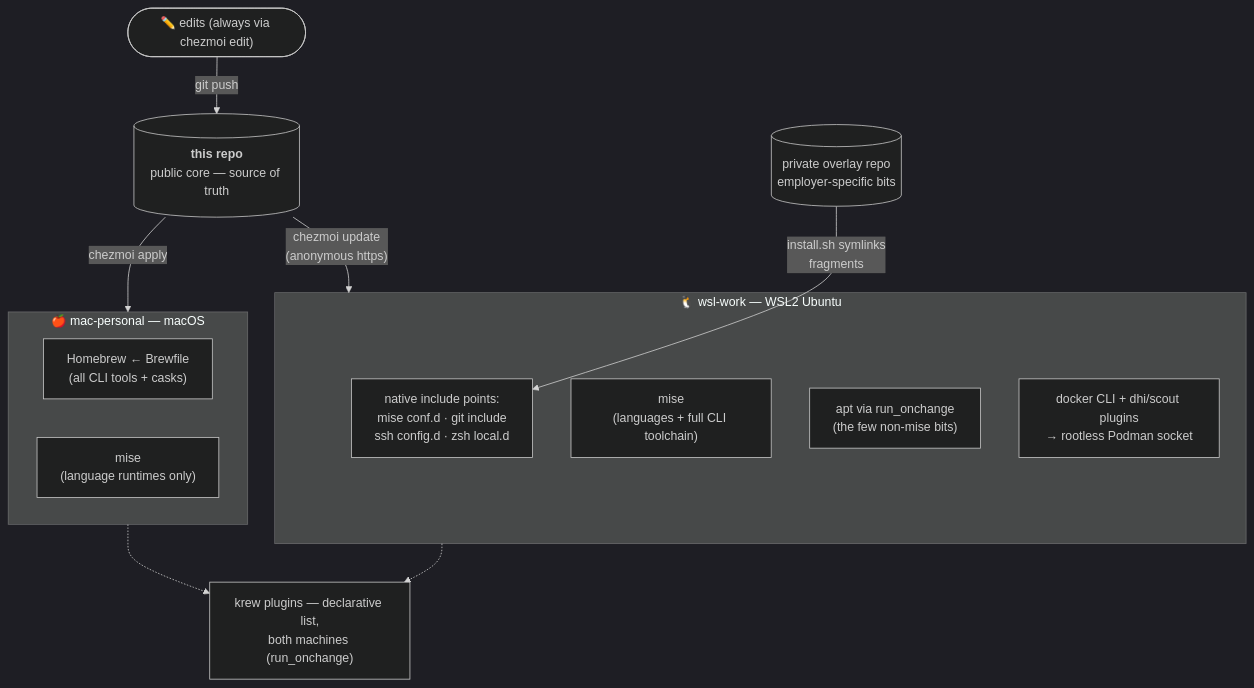
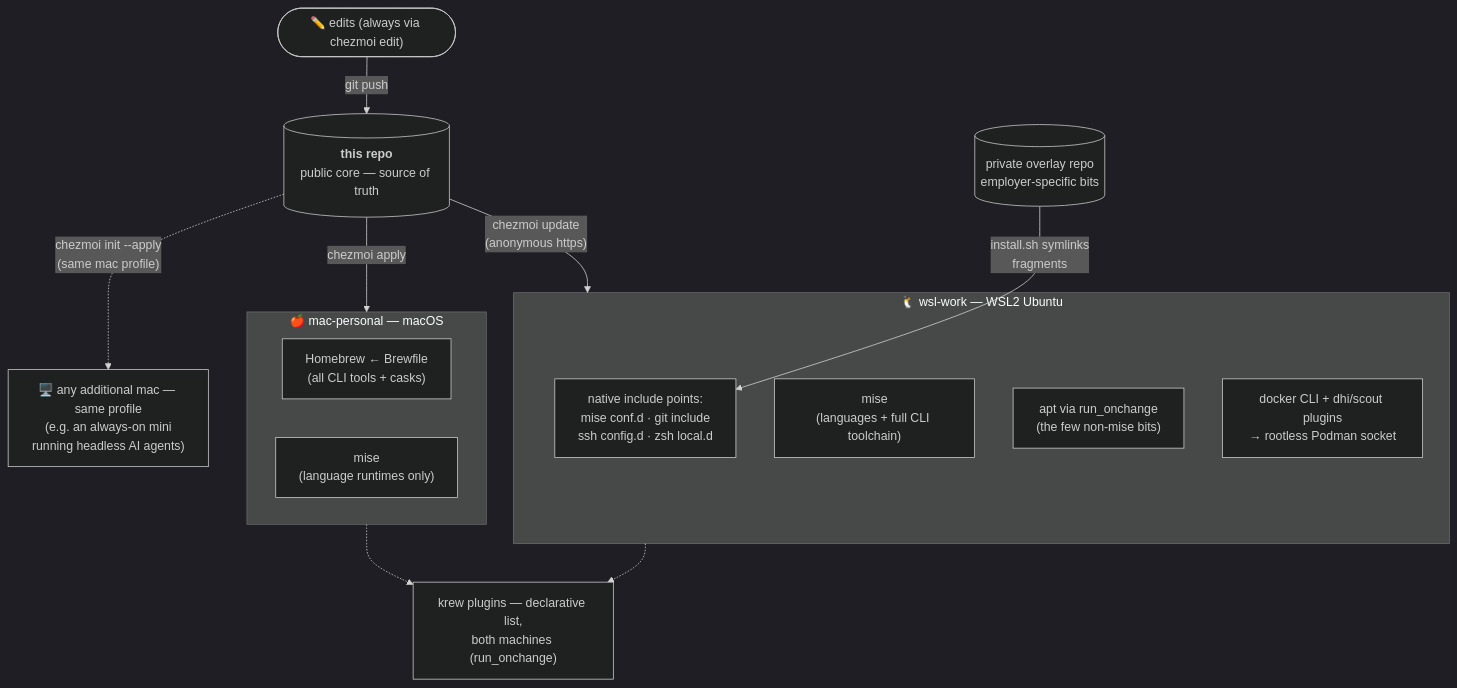
The diagram in README.md (junior/dotfiles), drawn with Mermaid (dark theme) before and after one commit. The commit also changed other lines of this file, not shown here.

Commit message:
README: show the mac side as a replicable profile (N macs, incl. always-on minis)

````diff
--- a/README.md
+++ b/README.md
@@ -40,27 +43,30 @@
 ```mermaid
 flowchart TB
     dev(["✏️ edits (always via chezmoi edit)"]) -->|git push| core
 
     core[("<b>this repo</b><br/>public core — source of truth")]
     overlay[("private overlay repo<br/>employer-specific bits")]
 
     core -->|chezmoi apply| mac
+    core -.->|"chezmoi init --apply<br/>(same mac profile)"| macN
     core -->|"chezmoi update<br/>(anonymous https)"| wsl
     overlay -->|"install.sh symlinks<br/>fragments"| includes
 
     subgraph mac["🍎 mac-personal — macOS"]
         brewfile["Homebrew ← Brewfile<br/>(all CLI tools + casks)"]
         misemac["mise<br/>(language runtimes only)"]
     end
+
+    macN["🖥️ any additional mac — same profile<br/>(e.g. an always-on mini<br/>running headless AI agents)"]
 
     subgraph wsl["🐧 wsl-work — WSL2 Ubuntu"]
         misewsl["mise<br/>(languages + full CLI toolchain)"]
         aptpkgs["apt via run_onchange<br/>(the few non-mise bits)"]
         docker["docker CLI + dhi/scout plugins<br/>→ rootless Podman socket"]
         includes["native include points:<br/>mise conf.d · git include<br/>ssh config.d · zsh local.d"]
     end
 
     krew["krew plugins — declarative list,<br/>both machines (run_onchange)"]
     mac -.-> krew
     wsl -.-> krew
 ```
````
